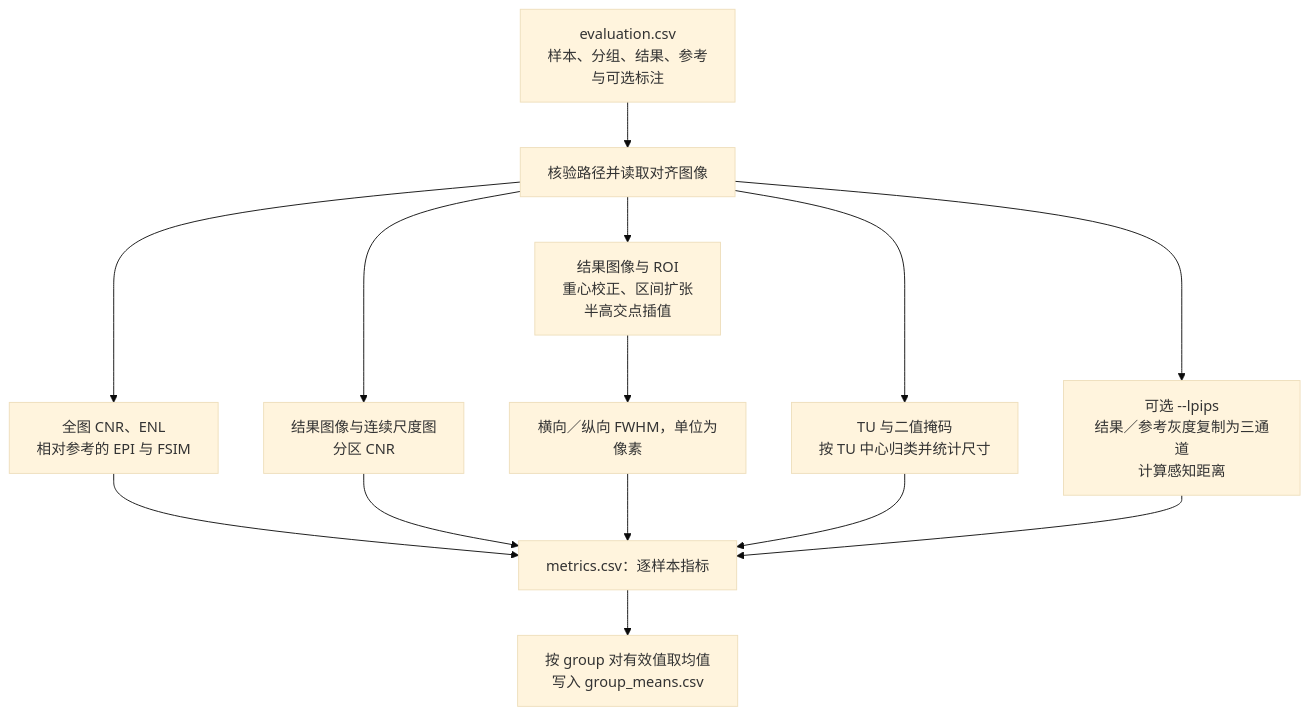
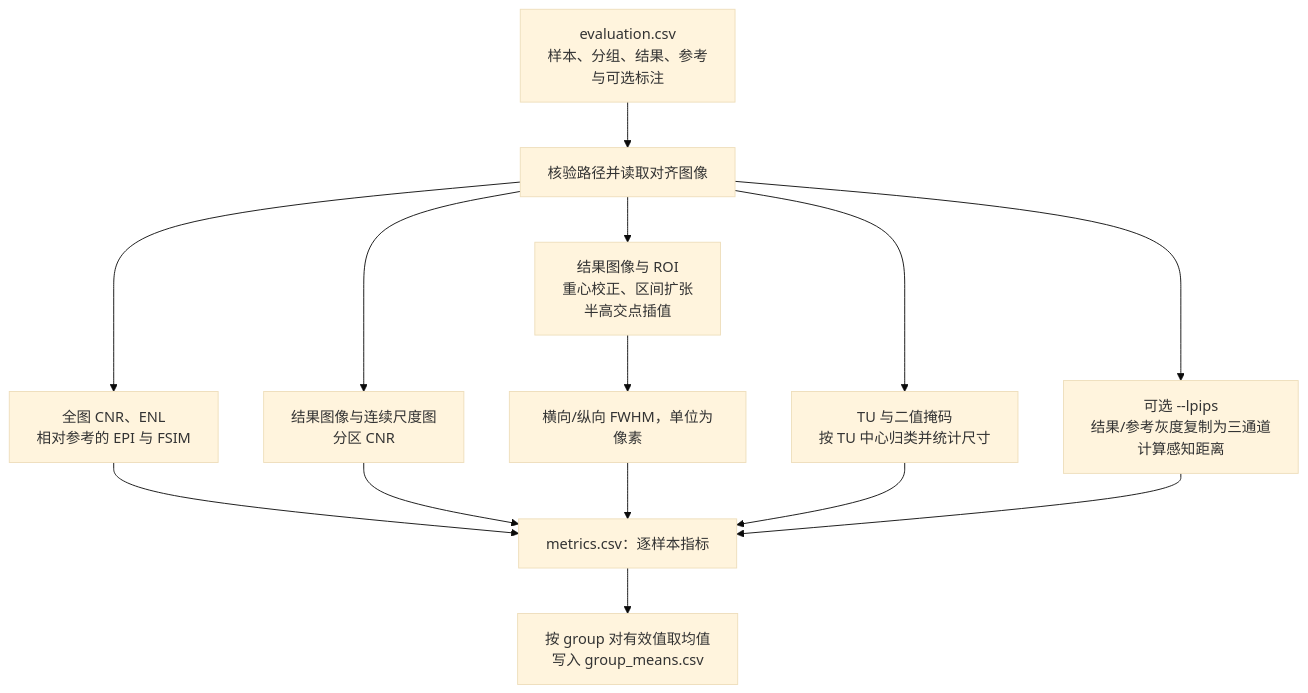
Before and after one commit to LumaVistaLab/hevc-ksvd-mamba-for-ultrasound: the seventh of 7 diagrams in README_zh-CN.md, drawn with Mermaid (base theme). The commit also changed other lines of this file and 3 other files, not shown here.

````diff
--- a/README_zh-CN.md
+++ b/README_zh-CN.md
@@ -633,16 +633,16 @@
 ```mermaid
 flowchart TD
     Manifest["evaluation.csv<br/>样本、分组、结果、参考<br/>与可选标注"] --> Check["核验路径并读取对齐图像"]
     Check --> Whole["全图 CNR、ENL<br/>相对参考的 EPI 与 FSIM"]
     Check --> Region["结果图像与连续尺度图<br/>分区 CNR"]
     Check --> Width["结果图像与 ROI<br/>重心校正、区间扩张<br/>半高交点插值"]
-    Width --> FWHM["横向／纵向 FWHM，单位为像素"]
+    Width --> FWHM["横向/纵向 FWHM，单位为像素"]
     Check --> Partition["TU 与二值掩码<br/>按 TU 中心归类并统计尺寸"]
-    Check --> LPIPS["可选 --lpips<br/>结果／参考灰度复制为三通道<br/>计算感知距离"]
+    Check --> LPIPS["可选 --lpips<br/>结果/参考灰度复制为三通道<br/>计算感知距离"]
     Whole --> Metrics["metrics.csv：逐样本指标"]
     Region --> Metrics
     FWHM --> Metrics
     Partition --> Metrics
     LPIPS --> Metrics
     Metrics --> Groups["按 group 对有效值取均值<br/>写入 group_means.csv"]
 ```
````
